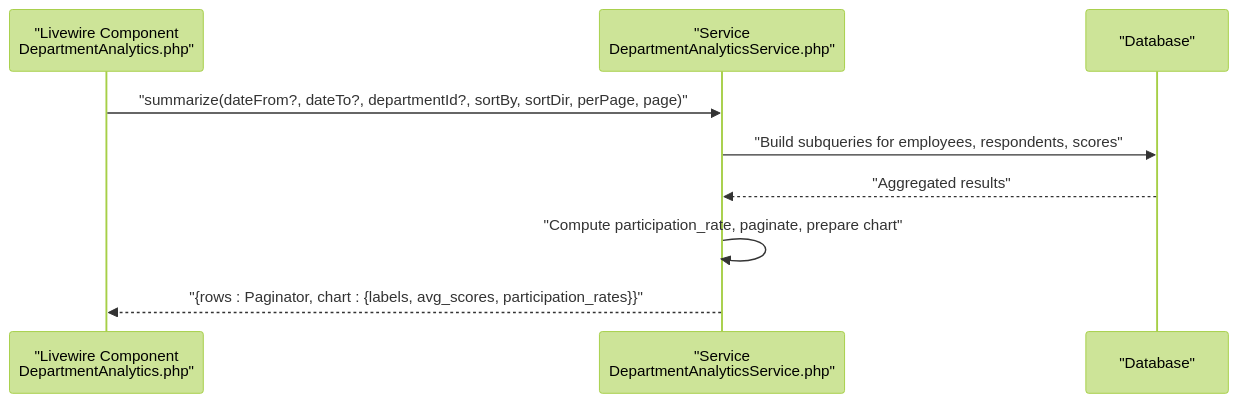
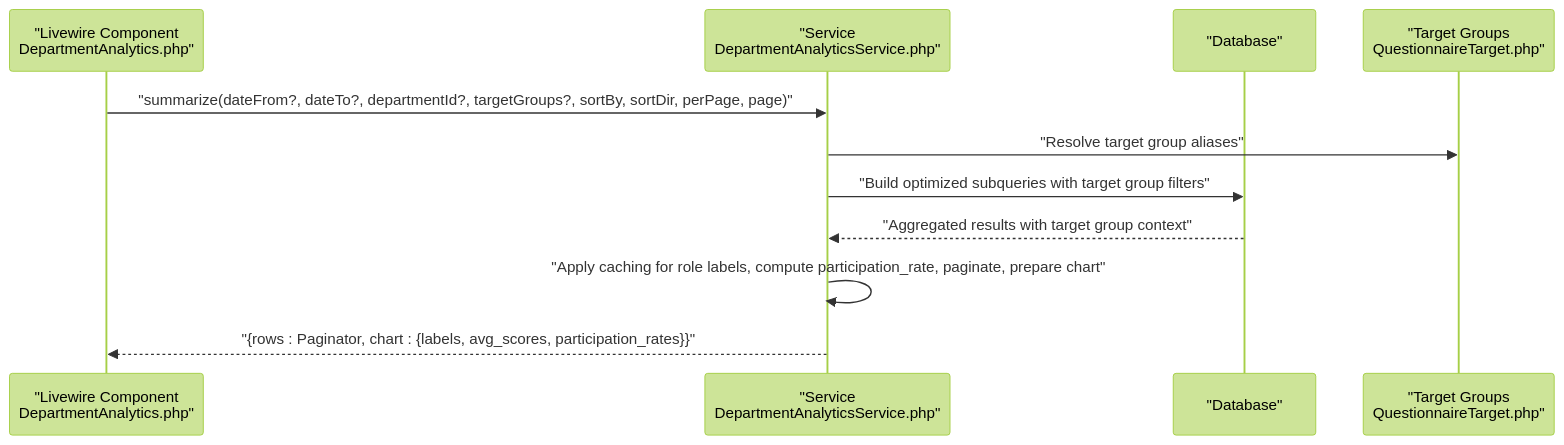
The second of 3 diagrams in .qoder/repowiki/en/content/Services & Utilities/Analytics Services.md (rudicatsmile/assesment360), drawn with Mermaid (forest theme) before and after one commit. The commit also changed other lines of this file and 6 other files, not shown here.

````diff
--- a/.qoder/repowiki/en/content/Services & Utilities/Analytics Services.md
+++ b/.qoder/repowiki/en/content/Services & Utilities/Analytics Services.md
@@ -119,11 +149,13 @@
 ```mermaid
 sequenceDiagram
 participant UI as "Livewire Component<br/>DepartmentAnalytics.php"
 participant Svc as "Service<br/>DepartmentAnalyticsService.php"
 participant DB as "Database"
-UI->>Svc : "summarize(dateFrom?, dateTo?, departmentId?, sortBy, sortDir, perPage, page)"
-Svc->>DB : "Build subqueries for employees, respondents, scores"
-DB-->>Svc : "Aggregated results"
-Svc->>Svc : "Compute participation_rate, paginate, prepare chart"
+participant TG as "Target Groups<br/>QuestionnaireTarget.php"
+UI->>Svc : "summarize(dateFrom?, dateTo?, departmentId?, targetGroups?, sortBy, sortDir, perPage, page)"
+Svc->>TG : "Resolve target group aliases"
+Svc->>DB : "Build optimized subqueries with target group filters"
+DB-->>Svc : "Aggregated results with target group context"
+Svc->>Svc : "Apply caching for role labels, compute participation_rate, paginate, prepare chart"
 Svc-->>UI : "{rows : Paginator, chart : {labels, avg_scores, participation_rates}}"
 ```
````
